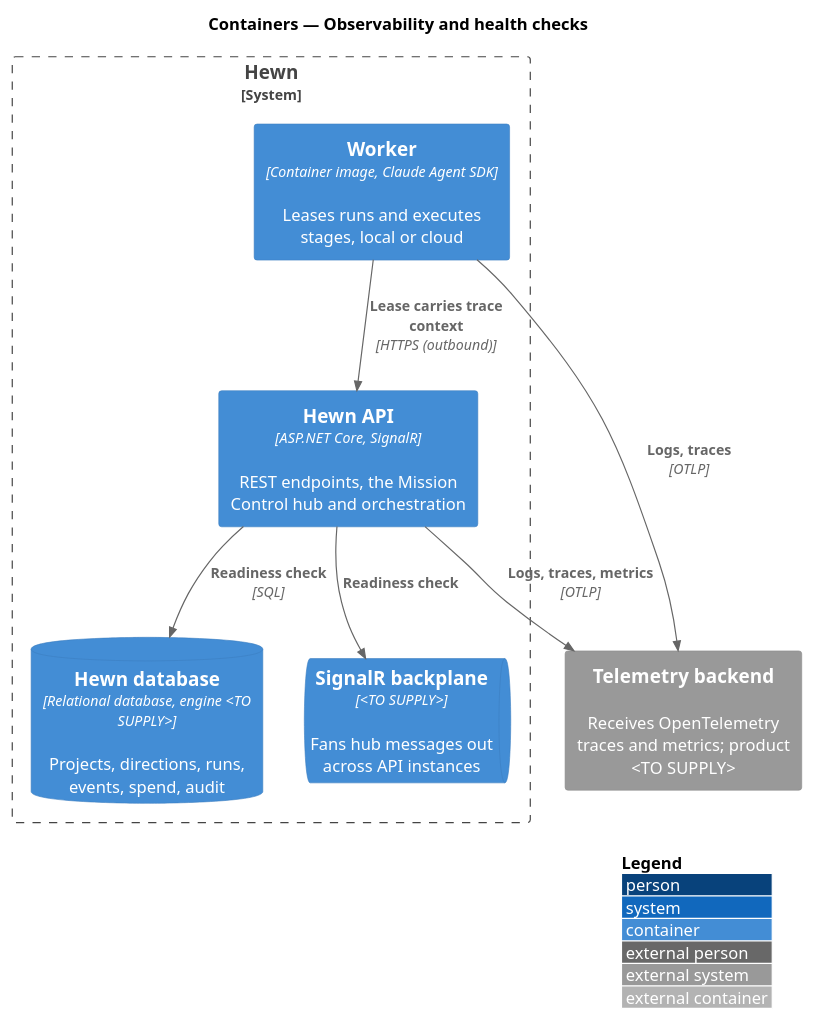
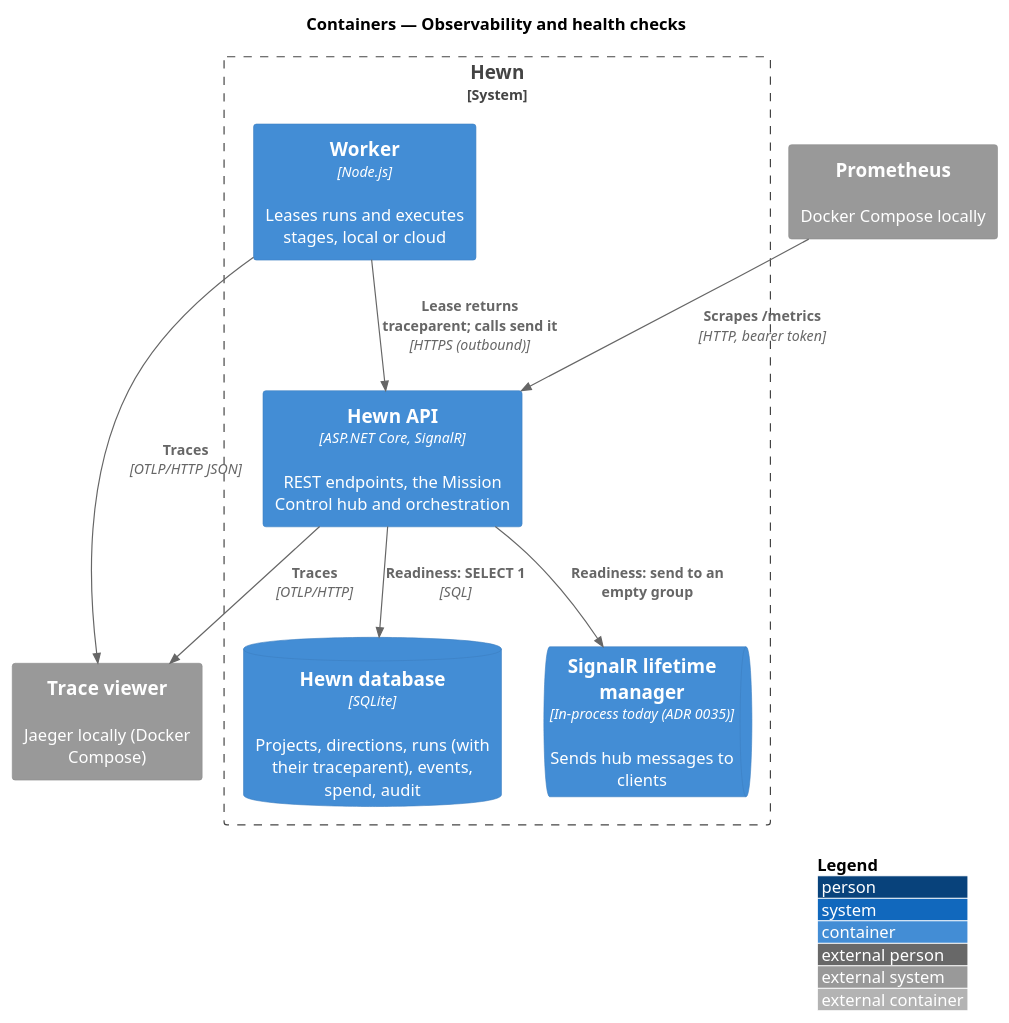
The diagram in docs/detailed-designs/operations/observability-and-health/diagrams/c4-container.puml (QuinntyneBrown/hewn), drawn with PlantUML before and after one commit. The commit also changed 71 other files, not shown here.

```diff
--- a/docs/detailed-designs/operations/observability-and-health/diagrams/c4-container.puml
+++ b/docs/detailed-designs/operations/observability-and-health/diagrams/c4-container.puml
@@ -1,19 +1,21 @@
 @startuml
 !include <C4/C4_Container>
 LAYOUT_WITH_LEGEND()
 title Containers — Observability and health checks
 
 System_Boundary(hewn, "Hewn") {
   Container(api, "Hewn API", "ASP.NET Core, SignalR", "REST endpoints, the Mission Control hub and orchestration")
-  ContainerDb(db, "Hewn database", "Relational database, engine <TO SUPPLY>", "Projects, directions, runs, events, spend, audit")
-  ContainerQueue(backplane, "SignalR backplane", "<TO SUPPLY>", "Fans hub messages out across API instances")
-  Container(worker, "Worker", "Container image, Claude Agent SDK", "Leases runs and executes stages, local or cloud")
+  ContainerDb(db, "Hewn database", "SQLite", "Projects, directions, runs (with their traceparent), events, spend, audit")
+  ContainerQueue(backplane, "SignalR lifetime manager", "In-process today (ADR 0035)", "Sends hub messages to clients")
+  Container(worker, "Worker", "Node.js", "Leases runs and executes stages, local or cloud")
 }
-System_Ext(telemetry, "Telemetry backend", "Receives OpenTelemetry traces and metrics; product <TO SUPPLY>")
+System_Ext(jaeger, "Trace viewer", "Jaeger locally (Docker Compose)")
+System_Ext(prometheus, "Prometheus", "Docker Compose locally")
 
-Rel(api, telemetry, "Logs, traces, metrics", "OTLP")
-Rel(worker, telemetry, "Logs, traces", "OTLP")
-Rel(worker, api, "Lease carries trace context", "HTTPS (outbound)")
-Rel(api, db, "Readiness check", "SQL")
-Rel(api, backplane, "Readiness check")
+Rel(api, jaeger, "Traces", "OTLP/HTTP")
+Rel(worker, jaeger, "Traces", "OTLP/HTTP JSON")
+Rel(worker, api, "Lease returns traceparent; calls send it", "HTTPS (outbound)")
+Rel(prometheus, api, "Scrapes /metrics", "HTTP, bearer token")
+Rel(api, db, "Readiness: SELECT 1", "SQL")
+Rel(api, backplane, "Readiness: send to an empty group")
 @enduml
```
